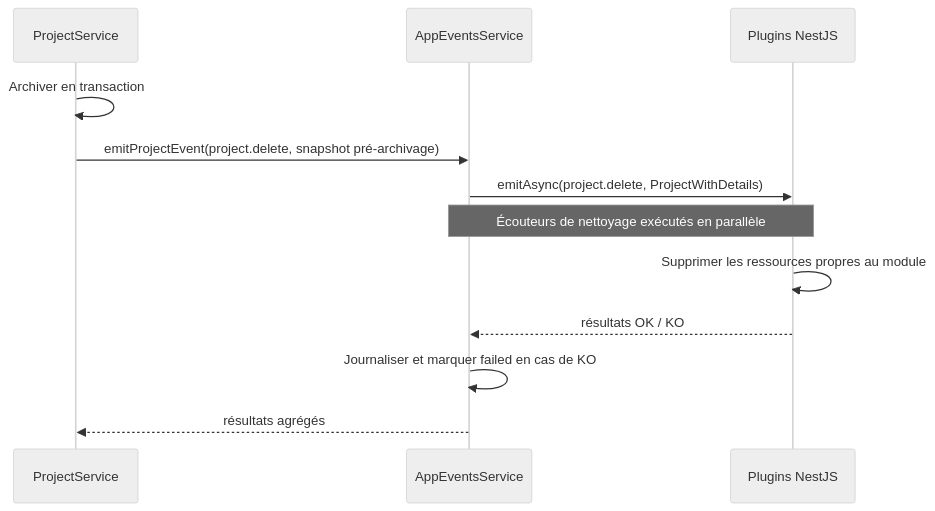
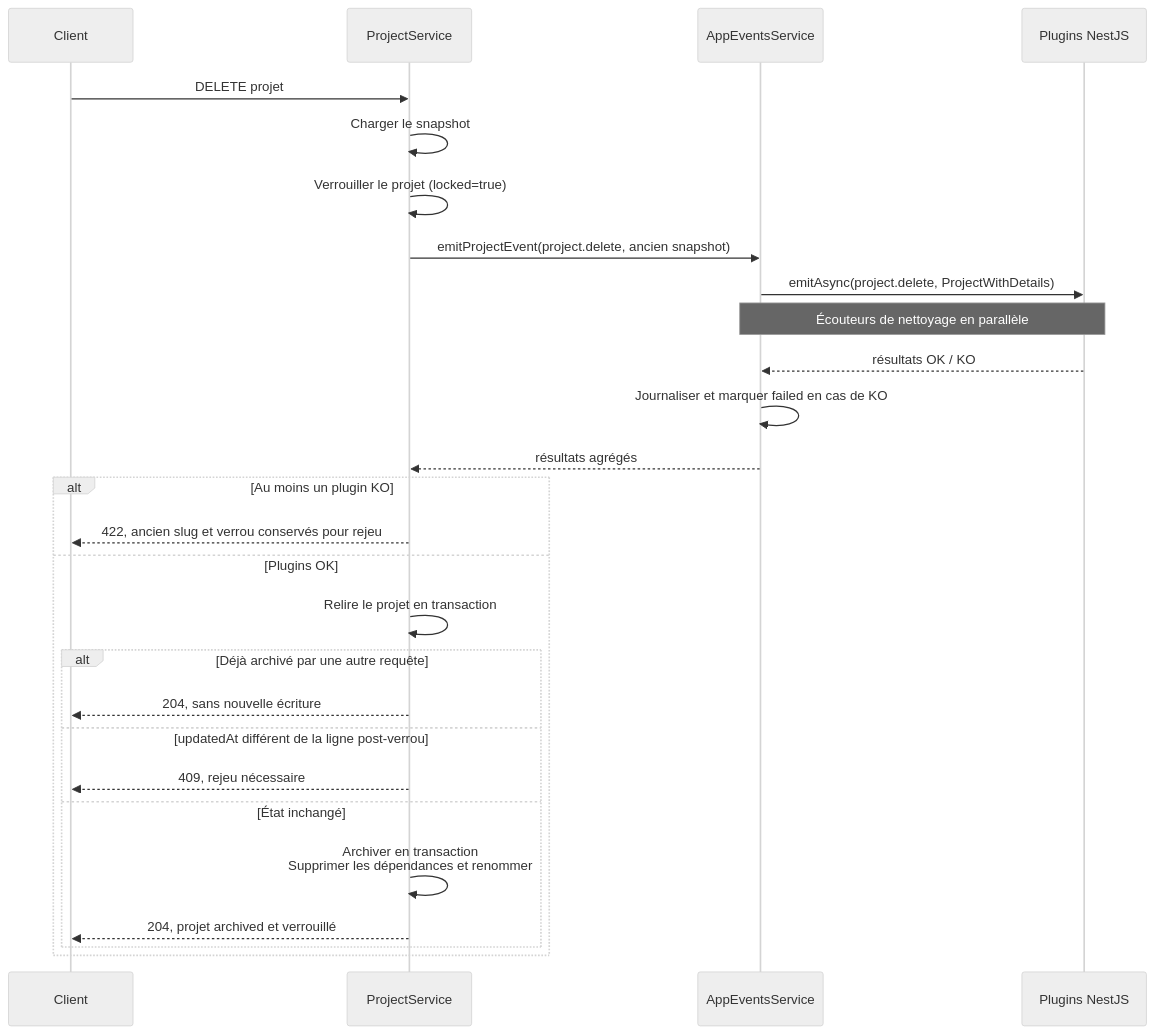
Before and after one commit to cloud-pi-native/console: the second of 7 diagrams in docs/architecture/plugins.md, drawn with Mermaid (neutral theme). The commit also changed other lines of this file and 6 other files, not shown here.

First line of the commit message:
docs(architecture): aligner la cartographie sur le code actuel

````diff
--- a/docs/architecture/plugins.md
+++ b/docs/architecture/plugins.md
@@ -79,14 +91,29 @@
 ```mermaid
 sequenceDiagram
+  participant C as Client
   participant P as ProjectService
   participant E as AppEventsService
   participant A as Plugins NestJS
-  P->>P: Archiver en transaction
-  P->>E: emitProjectEvent(project.delete, snapshot pré-archivage)
+  C->>P: DELETE projet
+  P->>P: Charger le snapshot
+  P->>P: Verrouiller le projet (locked=true)
+  P->>E: emitProjectEvent(project.delete, ancien snapshot)
   E->>A: emitAsync(project.delete, ProjectWithDetails)
-  Note over E,A: Écouteurs de nettoyage exécutés en parallèle
-  A->>A: Supprimer les ressources propres au module
+  Note over E,A: Écouteurs de nettoyage en parallèle
   A-->>E: résultats OK / KO
   E->>E: Journaliser et marquer failed en cas de KO
   E-->>P: résultats agrégés
+  alt Au moins un plugin KO
+    P-->>C: 422, ancien slug et verrou conservés pour rejeu
+  else Plugins OK
+    P->>P: Relire le projet en transaction
+    alt Déjà archivé par une autre requête
+      P-->>C: 204, sans nouvelle écriture
+    else updatedAt différent de la ligne post-verrou
+      P-->>C: 409, rejeu nécessaire
+    else État inchangé
+      P->>P: Archiver en transaction<br/>Supprimer les dépendances et renommer
+      P-->>C: 204, projet archived et verrouillé
+    end
+  end
 ```
````
